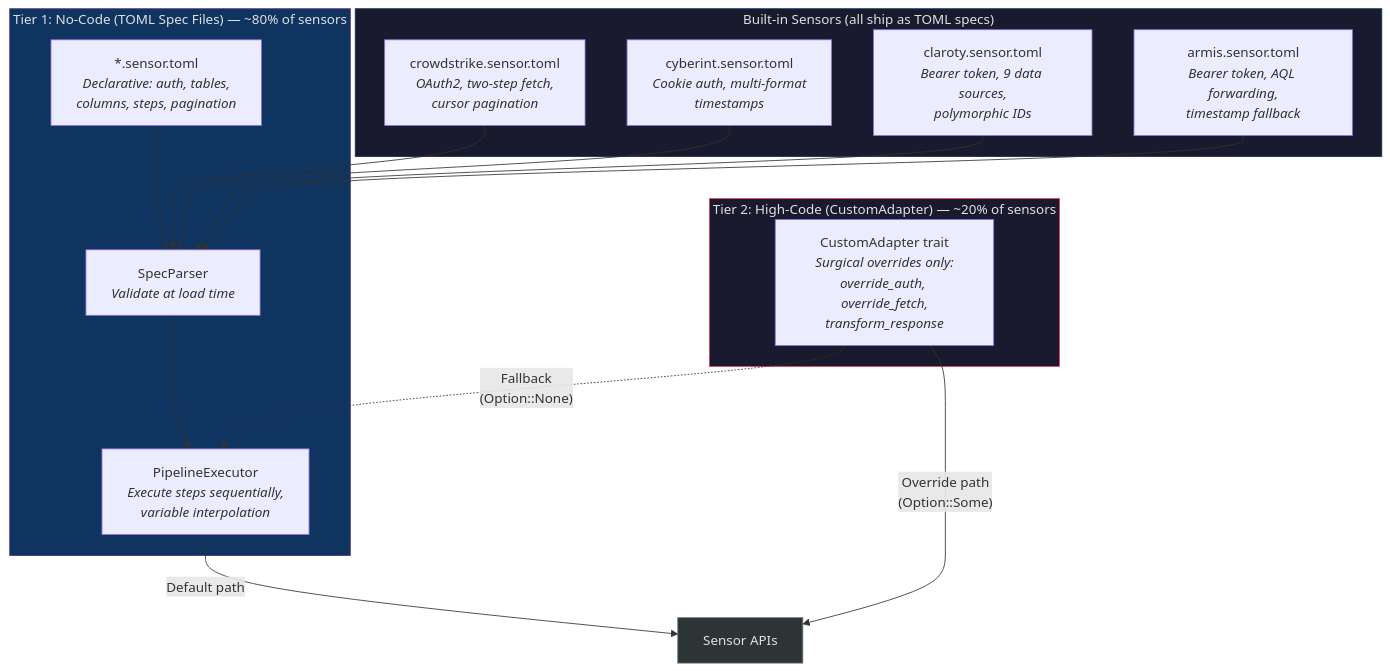
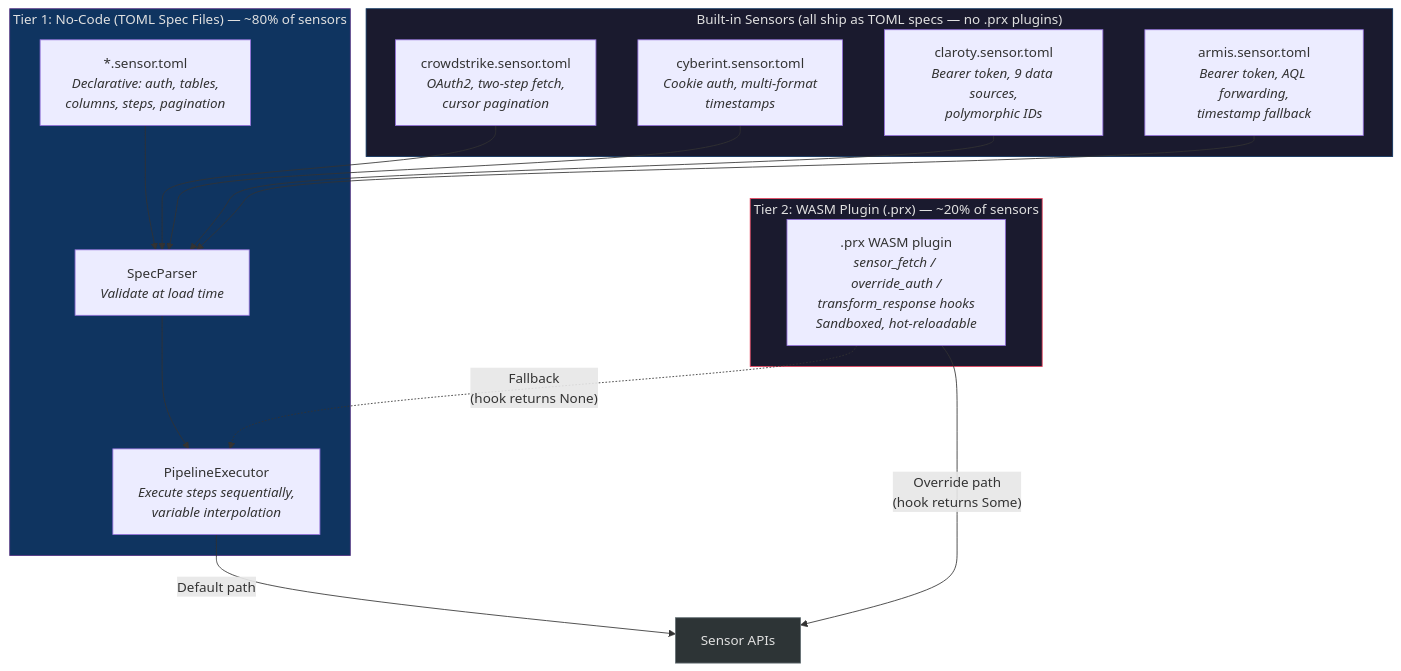
One commit to drbothen/prism changed the first of 6 diagrams in specs/architecture/sensor-adapters.md. Above: the diagram before and after it, drawn with Mermaid. The commit also changed other lines of this file and 23 other files, not shown here.

````diff
--- a/specs/architecture/sensor-adapters.md
+++ b/specs/architecture/sensor-adapters.md
@@ -18,34 +23,34 @@
 ```mermaid
 graph TB
     subgraph TIER1["Tier 1: No-Code (TOML Spec Files) — ~80% of sensors"]
         TOML["*.sensor.toml<br/><i>Declarative: auth, tables,<br/>columns, steps, pagination</i>"]
         SP["SpecParser<br/><i>Validate at load time</i>"]
         PE["PipelineExecutor<br/><i>Execute steps sequentially,<br/>variable interpolation</i>"]
         TOML --> SP --> PE
     end
 
-    subgraph TIER2["Tier 2: High-Code (CustomAdapter) — ~20% of sensors"]
-        CA["CustomAdapter trait<br/><i>Surgical overrides only:<br/>override_auth, override_fetch,<br/>transform_response</i>"]
+    subgraph TIER2["Tier 2: WASM Plugin (.prx) — ~20% of sensors"]
+        WP[".prx WASM plugin<br/><i>sensor_fetch / override_auth /<br/>transform_response hooks<br/>Sandboxed, hot-reloadable</i>"]
     end
 
-    subgraph SENSORS["Built-in Sensors (all ship as TOML specs)"]
+    subgraph SENSORS["Built-in Sensors (all ship as TOML specs — no .prx plugins)"]
         CS["crowdstrike.sensor.toml<br/><i>OAuth2, two-step fetch,<br/>cursor pagination</i>"]
         CY["cyberint.sensor.toml<br/><i>Cookie auth, multi-format<br/>timestamps</i>"]
         CL["claroty.sensor.toml<br/><i>Bearer token, 9 data sources,<br/>polymorphic IDs</i>"]
         AR["armis.sensor.toml<br/><i>Bearer token, AQL forwarding,<br/>timestamp fallback</i>"]
     end
 
     PE -- "Default path" --> API["Sensor APIs"]
-    CA -- "Override path<br/>(Option::Some)" --> API
-    CA -. "Fallback<br/>(Option::None)" .-> PE
+    WP -- "Override path<br/>(hook returns Some)" --> API
+    WP -. "Fallback<br/>(hook returns None)" .-> PE
 
     CS --> SP
     CY --> SP
     CL --> SP
     AR --> SP
 
     style TIER1 fill:#0f3460,stroke:#533483,color:#e0e0e0
     style TIER2 fill:#1a1a2e,stroke:#e94560,color:#e0e0e0
     style SENSORS fill:#1a1a2e,stroke:#0f3460,color:#e0e0e0
     style API fill:#2d3436,stroke:#636e72,color:#e0e0e0
 ```
````
